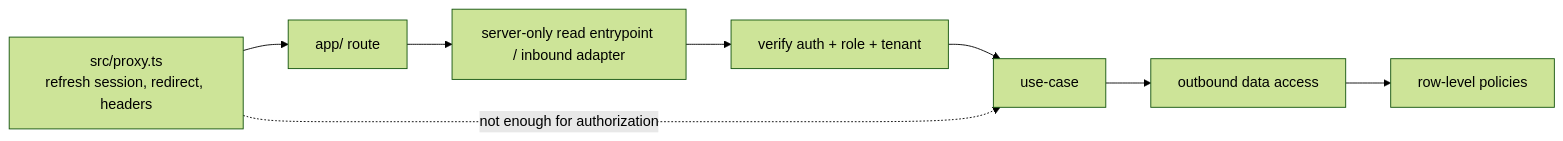
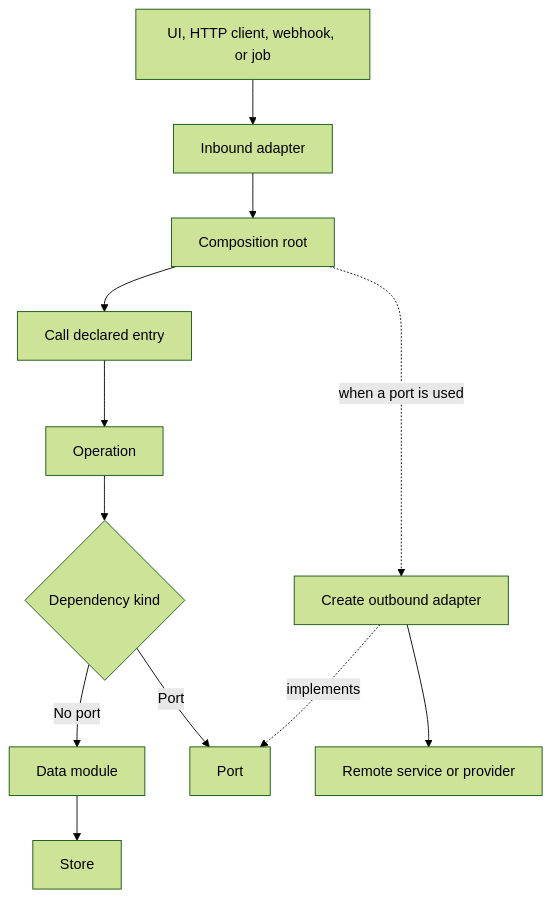
One commit to clicktronix/nextjs-clean-skills changed the third of 4 diagrams in docs/architecture-contract.md. Above: the diagram before and after it, drawn with Mermaid (forest theme). The commit also changed other lines of this file and 10 other files, not shown here.

````diff
--- a/docs/architecture-contract.md
+++ b/docs/architecture-contract.md
@@ -210,11 +134,14 @@
 ```mermaid
-flowchart LR
-  Proxy["src/proxy.ts\nrefresh session, redirect, headers"] --> App["app/ route"]
-  App --> Entry["server-only read entrypoint / inbound adapter"]
-  Entry --> Verify["verify auth + role + tenant"]
-  Verify --> UseCase["use-case"]
-  UseCase --> Data["outbound data access"]
-  Data --> Policy["row-level policies"]
-
-  Proxy -. "not enough for authorization" .-> UseCase
+flowchart TB
+  Caller["UI, HTTP client, webhook, or job"] --> Inbound["Inbound adapter"]
+  Inbound --> Compose["Composition root"]
+  Compose --> Entry["Call declared entry"]
+  Compose -. "when a port is used" .-> Adapter["Create outbound adapter"]
+  Entry --> Operation["Operation"]
+  Operation --> Dependency{"Dependency kind"}
+  Dependency -->|No port| Data["Data module"]
+  Dependency -->|Port| Port["Port"]
+  Adapter -. "implements" .-> Port
+  Data --> External["Store"]
+  Adapter --> ExternalSystem["Remote service or provider"]
 ```
````
